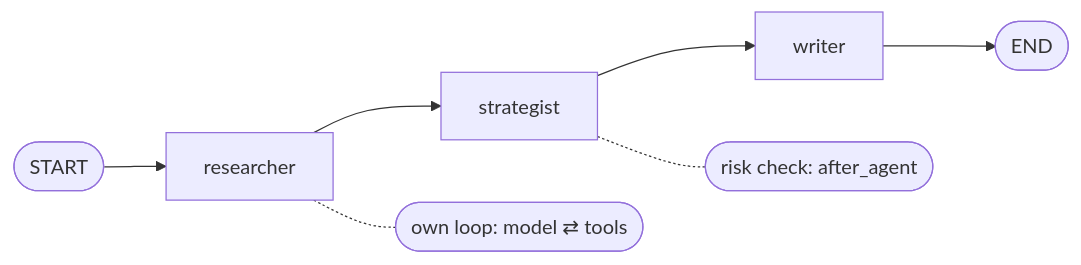
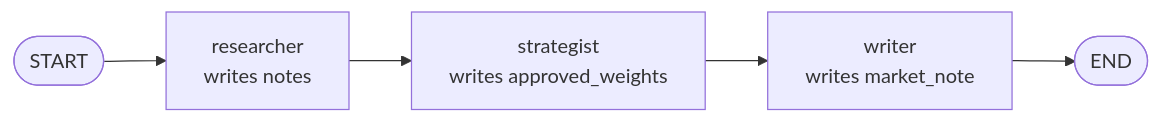
The diagram in content/LangChain/Workflow in LangChain.md (jacopomanenti01/hackathon-notes), drawn with Mermaid before and after one commit. The commit also changed other lines of this file and 18 other files, not shown here.

````diff
--- a/content/LangChain/Workflow in LangChain.md
+++ b/content/LangChain/Workflow in LangChain.md
@@ -20,6 +53,4 @@
 ```mermaid
 flowchart LR
-    S([START]) --> R["researcher"] --> P["strategist"] --> W["writer"] --> E([END])
-    R -.- R1(["own loop: model ⇄ tools"])
-    P -.- P1(["risk check: after_agent"])
+    S([START]) --> R["researcher<br/>writes notes"] --> P["strategist<br/>writes approved_weights"] --> W["writer<br/>writes market_note"] --> E([END])
 ```
````
